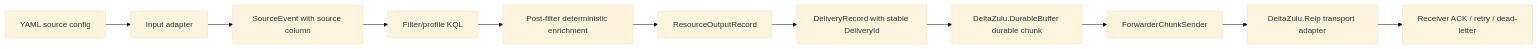
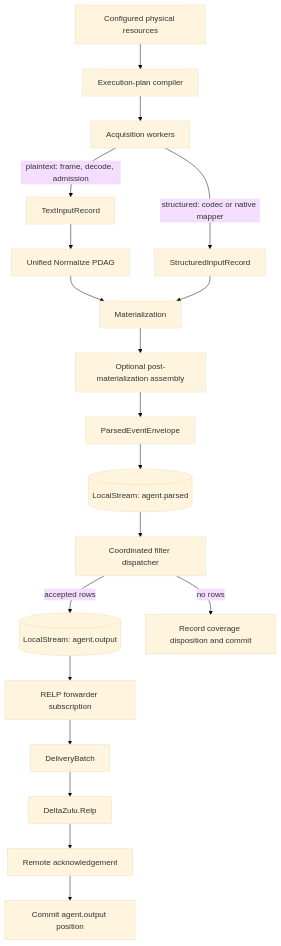
Before and after one commit to DeltaZulu-OU/DeltaZulu.Agent: the diagram in docs/ARCHITECTURE.md, drawn with Mermaid (base theme). The commit also changed other lines of this file and 10 other files, not shown here.

Commit message:
Align target pipeline architecture docs

````diff
--- a/docs/ARCHITECTURE.md
+++ b/docs/ARCHITECTURE.md
@@ -64,13 +29,21 @@
 ```mermaid
-flowchart LR
-    A[YAML source config] --> B[Input adapter]
-    B --> C[SourceEvent with source column]
-    C --> D[Filter/profile KQL]
-    D --> E[Post-filter deterministic enrichment]
-    E --> F[ResourceOutputRecord]
-    F --> G[DeliveryRecord with stable DeliveryId]
-    G --> H[DeltaZulu.DurableBuffer durable chunk]
-    H --> I[ForwarderChunkSender]
-    I --> J[DeltaZulu.Relp transport adapter]
-    J --> K[Receiver ACK / retry / dead-letter]
+flowchart TD
+    R[Configured physical resources] --> P[Execution-plan compiler]
+    P --> A[Acquisition workers]
+    A -->|plaintext: frame, decode, admission| T[TextInputRecord]
+    A -->|structured: codec or native mapper| S[StructuredInputRecord]
+    T --> N[Unified Normalize PDAG]
+    N --> M[Materialization]
+    S --> M
+    M --> AS[Optional post-materialization assembly]
+    AS --> PE[ParsedEventEnvelope]
+    PE --> PS[(LocalStream: agent.parsed)]
+    PS --> FD[Coordinated filter dispatcher]
+    FD -->|accepted rows| OS[(LocalStream: agent.output)]
+    FD -->|no rows| D[Record coverage disposition and commit]
+    OS --> RF[RELP forwarder subscription]
+    RF --> B[DeliveryBatch]
+    B --> RELP[DeltaZulu.Relp]
+    RELP --> ACK[Remote acknowledgement]
+    ACK --> C[Commit agent.output position]
 ```
````
